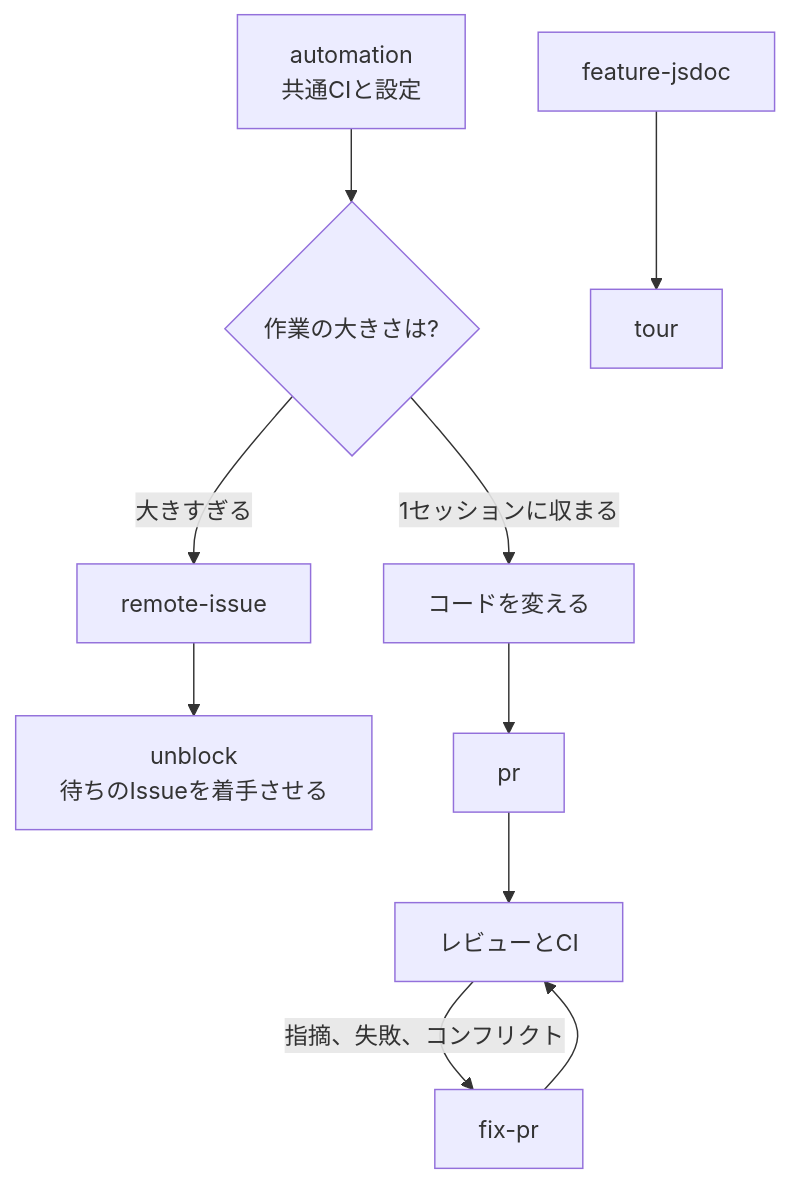
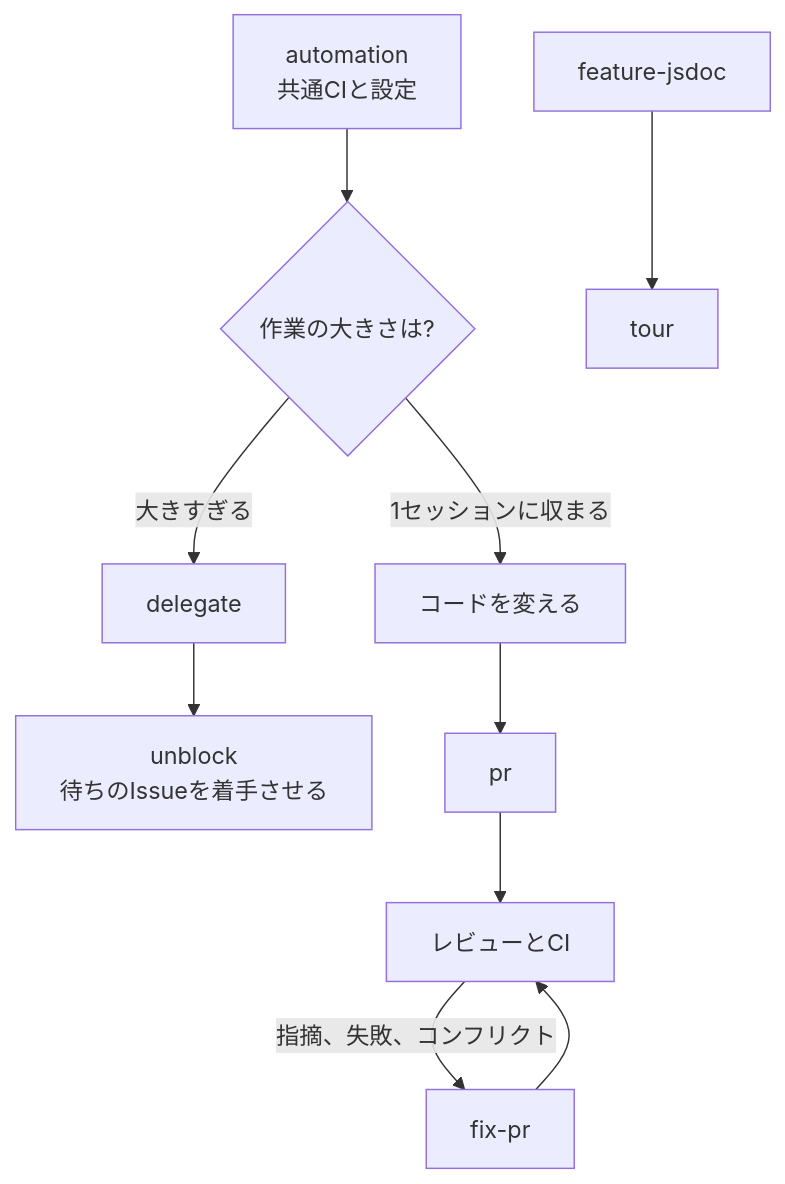
One commit to omni-stove/skill-kit changed the diagram in domains/code/README.ja.md. Above: the diagram before and after it, drawn with Mermaid. The commit also changed other lines of this file and 21 other files, not shown here.

First line of the commit message:
Rename remote-issue to delegate: the skill hands work to the remote issue worker, and the old noun-only name read as handling issues on a remote; the skill directory, its script paths in SKILL.md and prompts, the READMEs, and the comments that named it follow

````diff
--- a/domains/code/README.ja.md
+++ b/domains/code/README.ja.md
@@ -8,13 +8,13 @@
 ```mermaid
 flowchart TD
   automation[automation<br/>共通CIと設定] --> work
   jsdoc[feature-jsdoc] --> tour[tour]
   work{作業の大きさは?}
   work -- "1セッションに収まる" --> change[コードを変える]
-  work -- "大きすぎる" --> issue[remote-issue]
+  work -- "大きすぎる" --> issue[delegate]
   issue --> unblock[unblock<br/>待ちのIssueを着手させる]
   change --> pr[pr]
   pr --> review[レビューとCI]
   review -- "指摘、失敗、コンフリクト" --> fixpr[fix-pr]
   fixpr --> review
 ```
````
